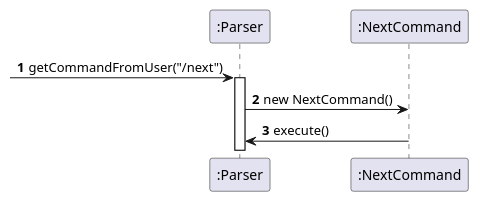
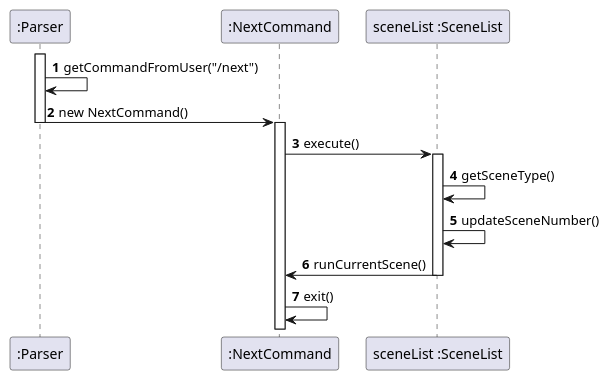
The diagram in docs/ParserUML.puml (peng-217/tp), drawn with PlantUML before and after one commit. The commit also changed 7 other files, not shown here.

Commit message:
Add Parser UML

```diff
--- a/docs/ParserUML.puml
+++ b/docs/ParserUML.puml
@@ -1,13 +1,23 @@
 @startuml
 'https://plantuml.com/sequence-diagram
 
 autonumber
-
- -> ":Parser": getCommandFromUser("/next")
 activate ":Parser"
 
+":Parser" -> ":Parser": getCommandFromUser("/next")
 ":Parser" -> ":NextCommand": new NextCommand()
-":NextCommand" -> ":Parser": execute()
+deactivate ":Parser"
+activate ":NextCommand"
+
+":NextCommand" -> "sceneList :SceneList": execute()
+activate "sceneList :SceneList"
+
+"sceneList :SceneList" -> "sceneList :SceneList": getSceneType()
+"sceneList :SceneList" -> "sceneList :SceneList": updateSceneNumber()
+"sceneList :SceneList" -> ":NextCommand": runCurrentScene()
+deactivate "sceneList :SceneList"
+
+":NextCommand" -> ":NextCommand": exit()
 
 
 @enduml
```
